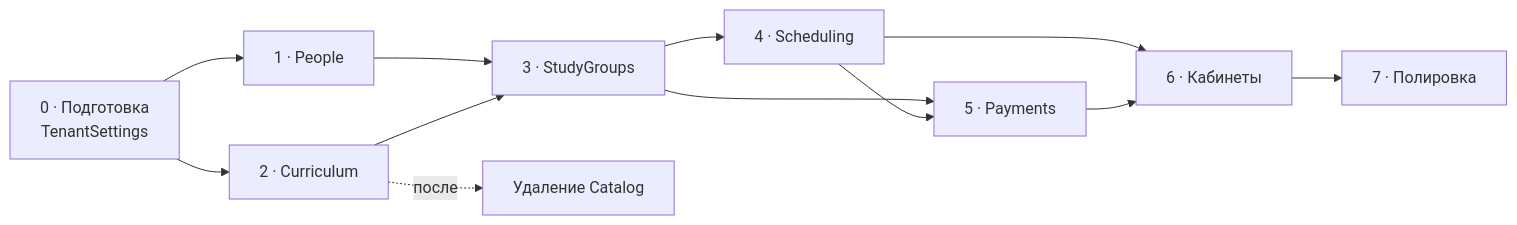
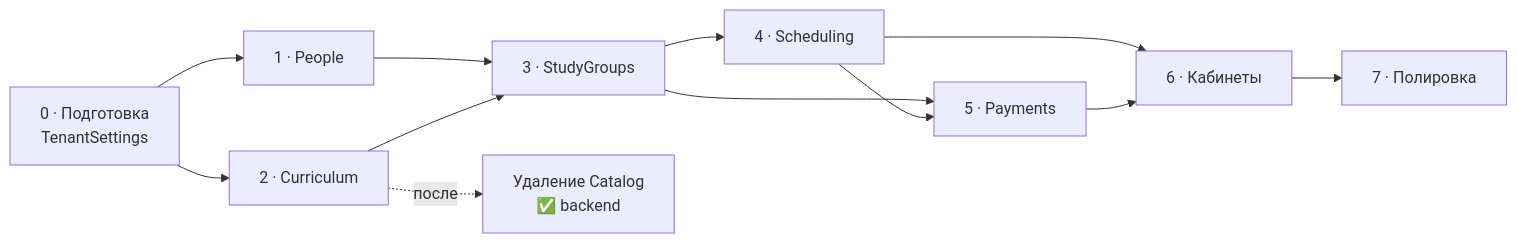
Before and after one commit to horesse/edvantix-platform: the diagram in docs/04 Задачи/Этапы внедрения.md, drawn with Mermaid. The commit also changed other lines of this file and 178 other files, not shown here.

First line of the commit message:
feat(catalog): remove demo Catalog module (backend) (#12)

````diff
--- a/docs/04 Задачи/Этапы внедрения.md
+++ b/docs/04 Задачи/Этапы внедрения.md
@@ -17,14 +17,14 @@
 ```mermaid
 flowchart LR
     E0["0 · Подготовка<br/>TenantSettings"] --> E1["1 · People"]
     E0 --> E2["2 · Curriculum"]
     E1 --> E3["3 · StudyGroups"]
     E2 --> E3
-    E2 -.->|после| DEL["Удаление Catalog"]
+    E2 -.->|после| DEL["Удаление Catalog<br/>✅ backend"]
     E3 --> E4["4 · Scheduling"]
     E3 --> E5["5 · Payments"]
     E4 --> E5
     E4 --> E6["6 · Кабинеты"]
     E5 --> E6
     E6 --> E7["7 · Полировка"]
 ```
````
